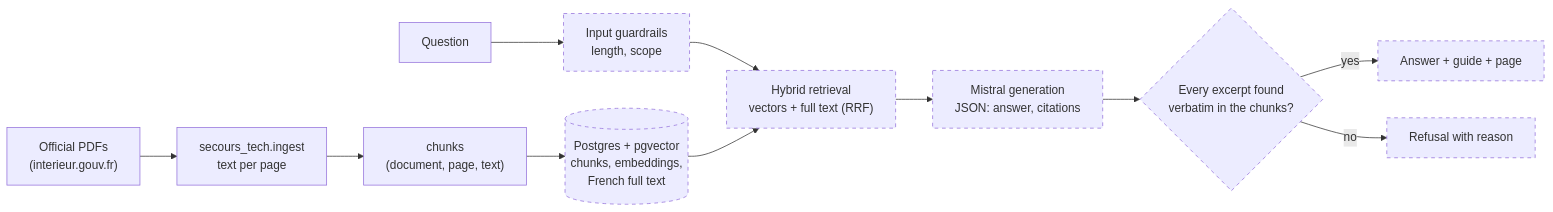
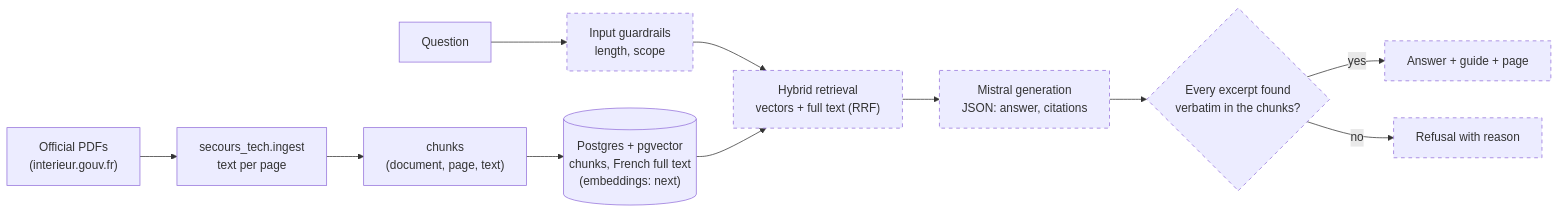
The first of 2 diagrams in README.md (gabrielkpo/secours-tech), drawn with Mermaid before and after one commit. The commit also changed other lines of this file and 10 other files, not shown here.

First line of the commit message:
feat(db): load documents and chunks into Postgres with pgvector (#13)

````diff
--- a/README.md
+++ b/README.md
@@ -33,16 +33,16 @@
 ```mermaid
 flowchart LR
     A["Official PDFs<br/>(interieur.gouv.fr)"] --> B["secours_tech.ingest<br/>text per page"]
     B --> C["chunks<br/>(document, page, text)"]
-    C --> D[("Postgres + pgvector<br/>chunks, embeddings,<br/>French full text")]
+    C --> D[("Postgres + pgvector<br/>chunks, French full text<br/>(embeddings: next)")]
     Q["Question"] --> G["Input guardrails<br/>length, scope"]
     G --> R["Hybrid retrieval<br/>vectors + full text (RRF)"]
     D --> R
     R --> M["Mistral generation<br/>JSON: answer, citations"]
     M --> V{"Every excerpt found<br/>verbatim in the chunks?"}
     V -->|yes| OK["Answer + guide + page"]
     V -->|no| NO["Refusal with reason"]
 
     classDef planned stroke-dasharray: 5 5
-    class D,G,R,M,V,OK,NO planned
+    class G,R,M,V,OK,NO planned
 ```
````
